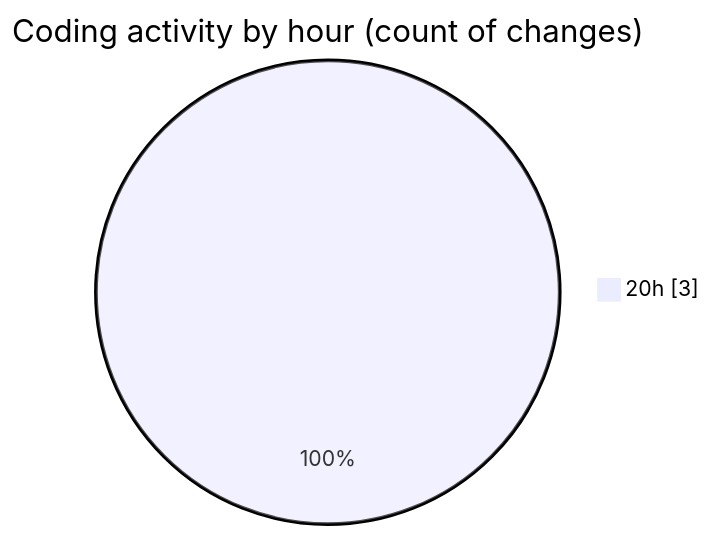
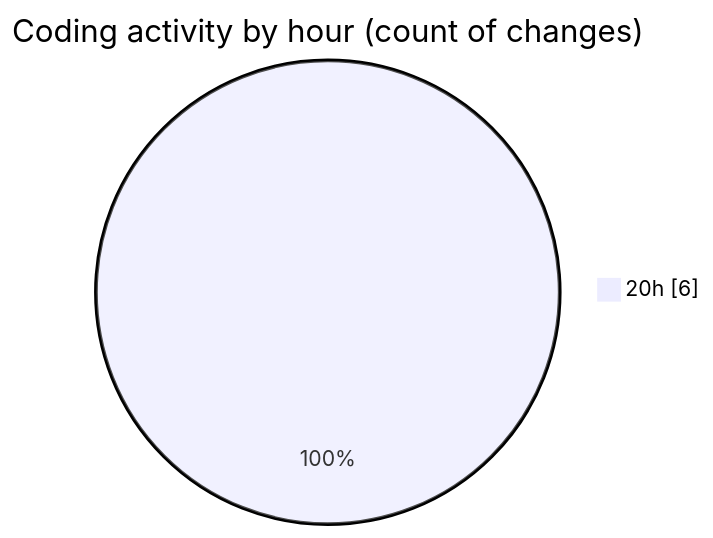
Before and after one commit to MatusMokan/code-tracking: the second of 2 diagrams in 2025-03-12/myws__workspace_/README.md, drawn with Mermaid. The commit also changed other lines of this file and 1 other file, not shown here.

````diff
--- a/2025-03-12/myws__workspace_/README.md
+++ b/2025-03-12/myws__workspace_/README.md
@@ -28,5 +28,5 @@
 ```mermaid
 pie showData
 title Coding activity by hour (count of changes)
-"20h" : 3
+"20h" : 6
 ```
````
